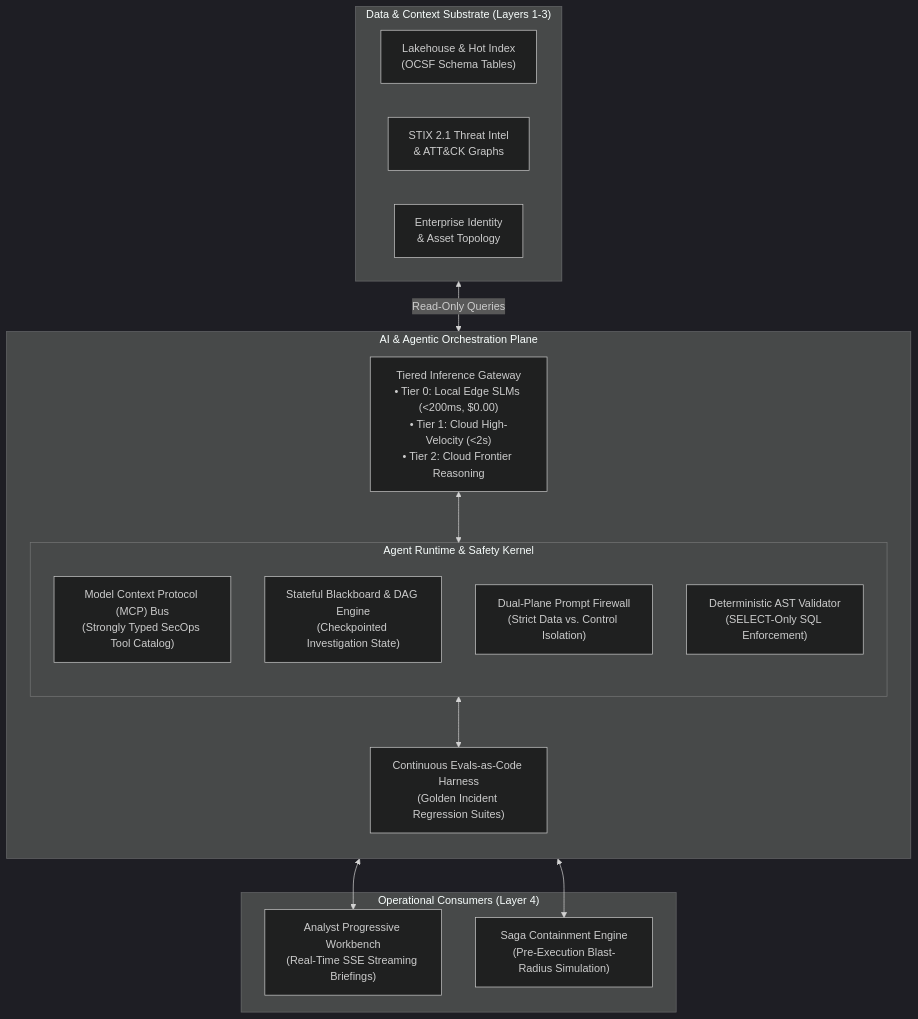
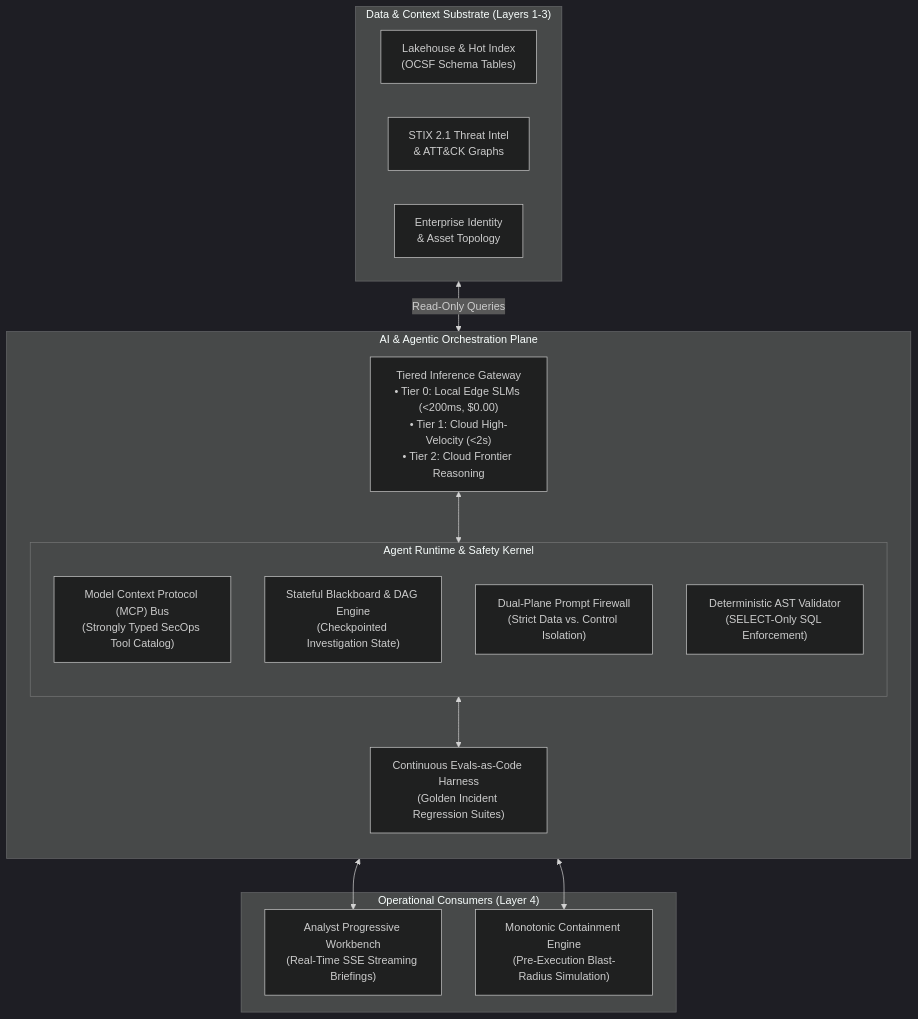
One commit to Haribu/TIDIR changed the first of 6 diagrams in docs/architecture/components/06-ai-orchestration.md. Above: the diagram before and after it, drawn with Mermaid (dark theme). The commit also changed other lines of this file and 10 other files, not shown here.

Commit message:
refactor(diagrams): harmonize remaining component diagrams to monotonic containment

````diff
--- a/docs/architecture/components/06-ai-orchestration.md
+++ b/docs/architecture/components/06-ai-orchestration.md
@@ -9,34 +9,34 @@
 ```mermaid
 flowchart TB
   subgraph DataContext ["Data & Context Substrate (Layers 1-3)"]
     L2_LAKE["Lakehouse & Hot Index\n(OCSF Schema Tables)"]
     L3_INTEL["STIX 2.1 Threat Intel\n& ATT&CK Graphs"]
     CMDB["Enterprise Identity\n& Asset Topology"]
   end
 
   subgraph OrchestrationPlane ["AI & Agentic Orchestration Plane"]
     direction TB
     GATEWAY["Tiered Inference Gateway\n• Tier 0: Local Edge SLMs (<200ms, $0.00)\n• Tier 1: Cloud High-Velocity (<2s)\n• Tier 2: Cloud Frontier Reasoning"]
 
     subgraph RuntimeKernel ["Agent Runtime & Safety Kernel"]
       direction TB
       MCP_ROUTER["Model Context Protocol (MCP) Bus\n(Strongly Typed SecOps Tool Catalog)"]
       BLACKBOARD["Stateful Blackboard & DAG Engine\n(Checkpointed Investigation State)"]
       PROMPT_FW["Dual-Plane Prompt Firewall\n(Strict Data vs. Control Isolation)"]
       AST_VAL["Deterministic AST Validator\n(SELECT-Only SQL Enforcement)"]
     end
 
     EVAL_CI["Continuous Evals-as-Code Harness\n(Golden Incident Regression Suites)"]
   end
 
   subgraph Consumers ["Operational Consumers (Layer 4)"]
     WORKBENCH["Analyst Progressive Workbench\n(Real-Time SSE Streaming Briefings)"]
-    SAGA_RESP["Saga Containment Engine\n(Pre-Execution Blast-Radius Simulation)"]
+    RESP_ENGINE["Monotonic Containment Engine\n(Pre-Execution Blast-Radius Simulation)"]
   end
 
   DataContext <-->|Read-Only Queries| MCP_ROUTER
   GATEWAY <--> RuntimeKernel
   RuntimeKernel <--> EVAL_CI
   RuntimeKernel <--> WORKBENCH
-  RuntimeKernel <--> SAGA_RESP
+  RuntimeKernel <--> RESP_ENGINE
 ```
````
